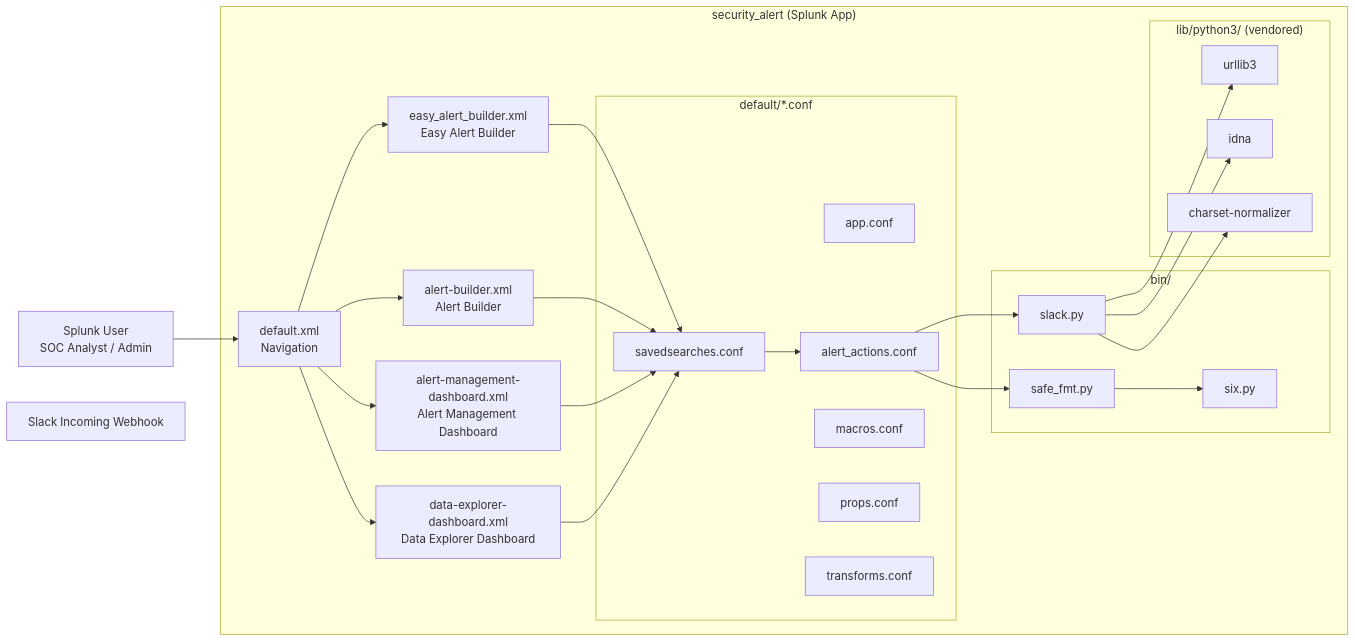
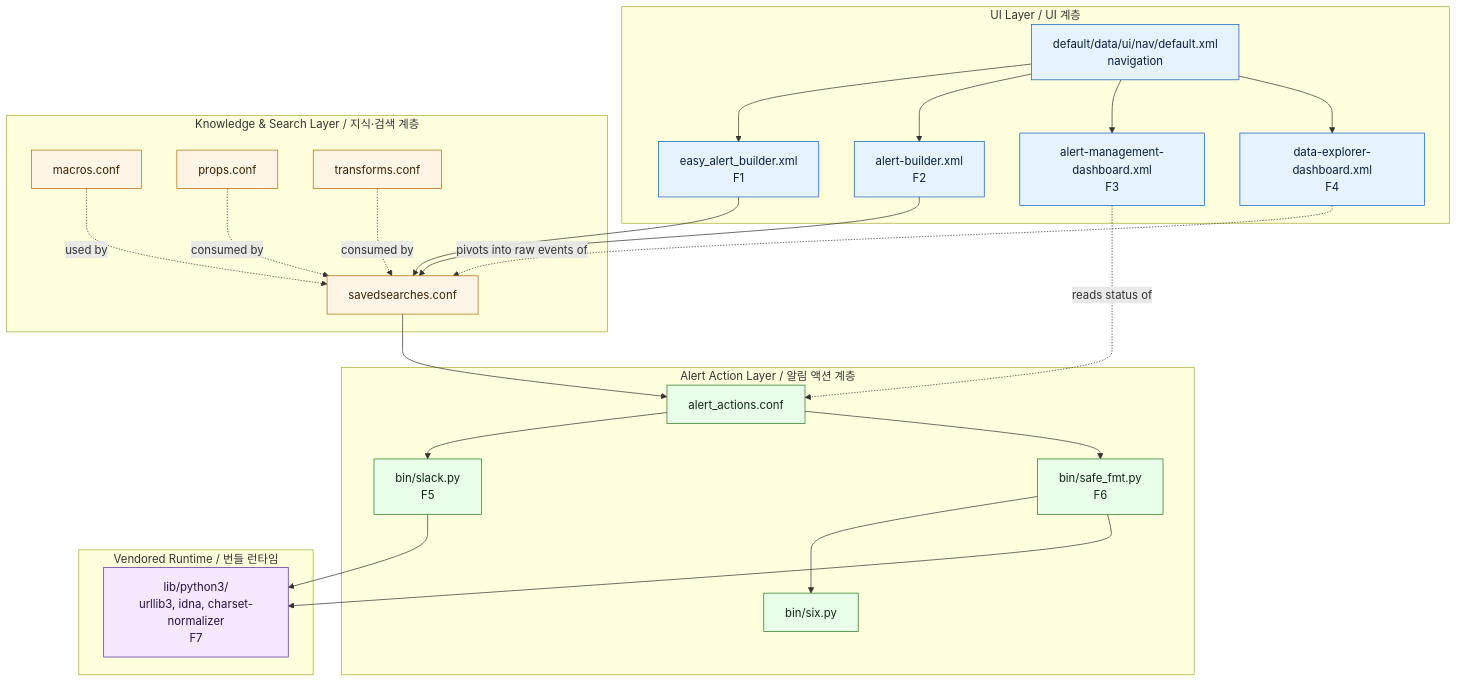
The diagram in README.md (jclee941/splunk), drawn with Mermaid before and after one commit. The commit also changed other lines of this file, not shown here.

````diff
--- a/README.md
+++ b/README.md
@@ -117,54 +79,59 @@
 ```mermaid
-flowchart LR
-    User["Splunk User<br/>SOC Analyst / Admin"]
+flowchart TB
+    classDef ui fill:#e6f3ff,stroke:#0b62c4,color:#0b1e3f;
+    classDef kb fill:#fff5e6,stroke:#b56b00,color:#3a2300;
+    classDef act fill:#eaffea,stroke:#1f7a1f,color:#0c2a0c;
+    classDef rt fill:#f3e8ff,stroke:#5a2b9c,color:#2a0f4d;
 
-    subgraph App["security_alert (Splunk App)"]
-        Nav["default.xml<br/>Navigation"]
-        EAB["easy_alert_builder.xml<br/>Easy Alert Builder"]
-        AB["alert-builder.xml<br/>Alert Builder"]
-        AMD["alert-management-dashboard.xml<br/>Alert Management Dashboard"]
-        DE["data-explorer-dashboard.xml<br/>Data Explorer Dashboard"]
-
-        subgraph Conf["default/*.conf"]
-            AppCfg["app.conf"]
-            Actions["alert_actions.conf"]
-            Searches["savedsearches.conf"]
-            Macros["macros.conf"]
-            Props["props.conf"]
-            Transforms["transforms.conf"]
-        end
-
-        subgraph Bin["bin/"]
-            Slack["slack.py"]
-            Fmt["safe_fmt.py"]
-            Six["six.py"]
-        end
-
-        subgraph Lib["lib/python3/ (vendored)"]
-            Urllib["urllib3"]
-            Idna["idna"]
-            Charset["charset-normalizer"]
-        end
+    subgraph UI["UI Layer / UI 계층"]
+        NAV["default/data/ui/nav/default.xml<br/>navigation"]
+        EAB["easy_alert_builder.xml<br/>F1"]
+        AB["alert-builder.xml<br/>F2"]
+        AMD["alert-management-dashboard.xml<br/>F3"]
+        DXD["data-explorer-dashboard.xml<br/>F4"]
     end
 
-    SlackAPI["Slack Incoming Webhook"]
+    subgraph KB["Knowledge &amp; Search Layer / 지식·검색 계층"]
+        SAV["savedsearches.conf"]
+        MAC["macros.conf"]
+        PRO["props.conf"]
+        TR["transforms.conf"]
+    end
 
-    User --> Nav
-    Nav --> EAB
-    Nav --> AB
-    Nav --> AMD
-    Nav --> DE
+    subgraph ACT["Alert Action Layer / 알림 액션 계층"]
+        AAC["alert_actions.conf"]
+        SLK["bin/slack.py<br/>F5"]
+        SFM["bin/safe_fmt.py<br/>F6"]
+        SIX["bin/six.py"]
+    end
 
-    EAB --> Searches
-    AB --> Searches
-    AMD --> Searches
-    DE --> Searches
-    Searches --> Actions
+    subgraph RT["Vendored Runtime / 번들 런타임"]
+        PY["lib/python3/<br/>urllib3, idna, charset-normalizer<br/>F7"]
+    end
 
-    Actions --> Slack
-    Actions --> Fmt
-    Slack --> Urllib
-    Slack --> Idna
-    Slack --> Charset
-    Fmt --> Six
+    NAV --> EAB
+    NAV --> AB
+    NAV --> AMD
+    NAV --> DXD
+
+    EAB --> SAV
+    AB --> SAV
+    SAV --> AAC
+    AAC --> SLK
+    AAC --> SFM
+    SFM --> SIX
+    SLK --> PY
+    SFM --> PY
+
+    MAC -. used by .-> SAV
+    PRO -. consumed by .-> SAV
+    TR -. consumed by .-> SAV
+
+    AMD -. reads status of .-> AAC
+    DXD -. pivots into raw events of .-> SAV
+
+    class NAV,EAB,AB,AMD,DXD ui;
+    class SAV,MAC,PRO,TR kb;
+    class AAC,SLK,SFM,SIX act;
+    class PY rt;
 ```
````
